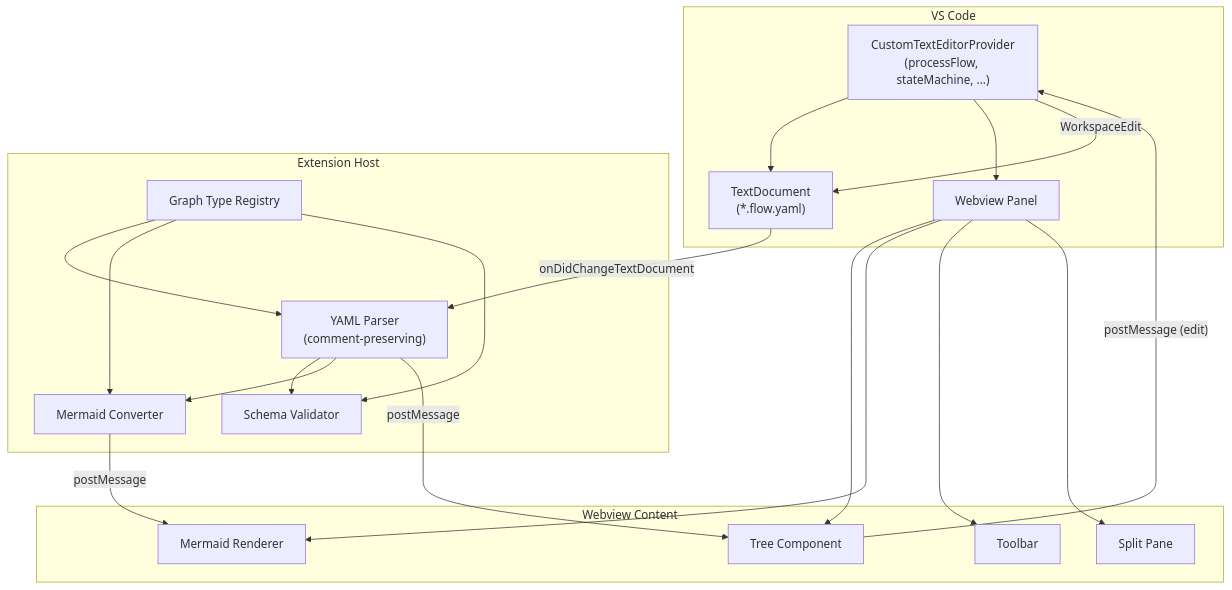
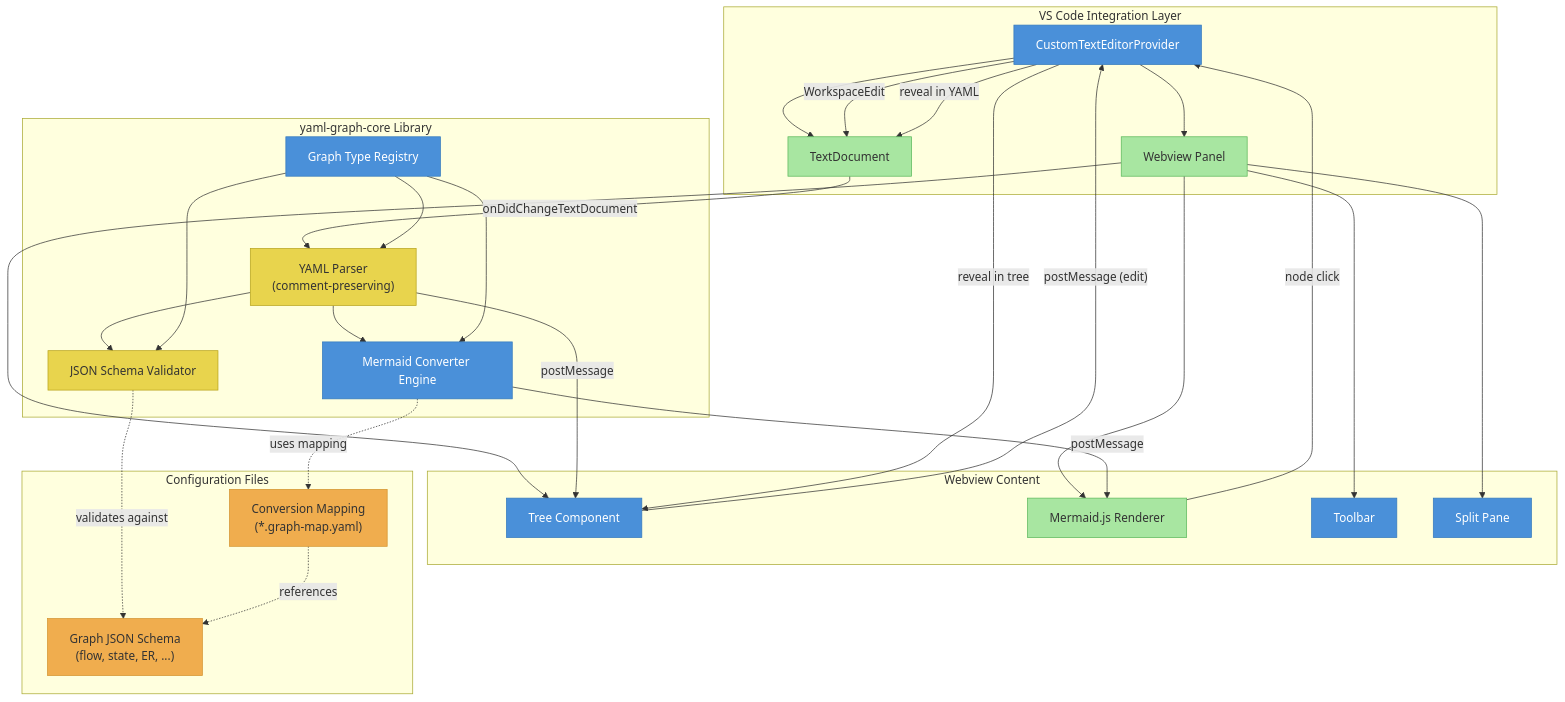
The second of 31 diagrams in tom_vscode_extension/doc/yaml_graph.md (al-the-bear/tom_module_vscode), drawn with Mermaid before and after one commit. The commit also changed other lines of this file, not shown here.

Commit message:
Update yaml_graph.md: configurable conversion, interactive diagrams, direct-edit flow, colored component diagram

````diff
--- a/tom_vscode_extension/doc/yaml_graph.md
+++ b/tom_vscode_extension/doc/yaml_graph.md
@@ -86,42 +91,68 @@
 ```mermaid
 flowchart TD
-    subgraph VSCode["VS Code"]
-        CE["CustomTextEditorProvider<br/>(processFlow, stateMachine, ...)"]
-        DOC["TextDocument<br/>(*.flow.yaml)"]
+    subgraph VSCode["VS Code Integration Layer"]
+        CE["CustomTextEditorProvider"]
+        DOC["TextDocument"]
         WV["Webview Panel"]
     end
 
     subgraph Webview["Webview Content"]
         TREE["Tree Component"]
-        MERMAID["Mermaid Renderer"]
+        MERMAID["Mermaid.js Renderer"]
         TOOLBAR["Toolbar"]
         SPLIT["Split Pane"]
     end
 
-    subgraph ExtHost["Extension Host"]
+    subgraph Core["yaml-graph-core Library"]
         PARSER["YAML Parser<br/>(comment-preserving)"]
-        SCHEMA["Schema Validator"]
-        CONV["Mermaid Converter"]
+        SCHEMA["JSON Schema Validator"]
+        CONV["Mermaid Converter Engine"]
         REG["Graph Type Registry"]
+    end
+
+    subgraph Config["Configuration Files"]
+        GSCHEMA["Graph JSON Schema<br/>(flow, state, ER, ...)"]
+        MAPPING["Conversion Mapping<br/>(*.graph-map.yaml)"]
     end
 
     CE --> DOC
     CE --> WV
     WV --> TREE
     WV --> MERMAID
     WV --> TOOLBAR
     WV --> SPLIT
 
     DOC -- "onDidChangeTextDocument" --> PARSER
     PARSER --> SCHEMA
+    SCHEMA -. "validates against" .-> GSCHEMA
     PARSER --> CONV
+    CONV -. "uses mapping" .-> MAPPING
+    MAPPING -. "references" .-> GSCHEMA
     CONV -- "postMessage" --> MERMAID
     PARSER -- "postMessage" --> TREE
 
     TREE -- "postMessage (edit)" --> CE
     CE -- "WorkspaceEdit" --> DOC
 
+    MERMAID -- "node click" --> CE
+    CE -- "reveal in tree" --> TREE
+    CE -- "reveal in YAML" --> DOC
+
     REG --> PARSER
     REG --> CONV
     REG --> SCHEMA
+
+    style PARSER fill:#e8d44d,stroke:#b8a41d,color:#333
+    style SCHEMA fill:#e8d44d,stroke:#b8a41d,color:#333
+    style MERMAID fill:#a8e6a1,stroke:#5cb85c,color:#333
+    style DOC fill:#a8e6a1,stroke:#5cb85c,color:#333
+    style CE fill:#4a90d9,stroke:#357abd,color:#fff
+    style WV fill:#a8e6a1,stroke:#5cb85c,color:#333
+    style TREE fill:#4a90d9,stroke:#357abd,color:#fff
+    style TOOLBAR fill:#4a90d9,stroke:#357abd,color:#fff
+    style SPLIT fill:#4a90d9,stroke:#357abd,color:#fff
+    style CONV fill:#4a90d9,stroke:#357abd,color:#fff
+    style REG fill:#4a90d9,stroke:#357abd,color:#fff
+    style GSCHEMA fill:#f0ad4e,stroke:#d49430,color:#333
+    style MAPPING fill:#f0ad4e,stroke:#d49430,color:#333
 ```
````
